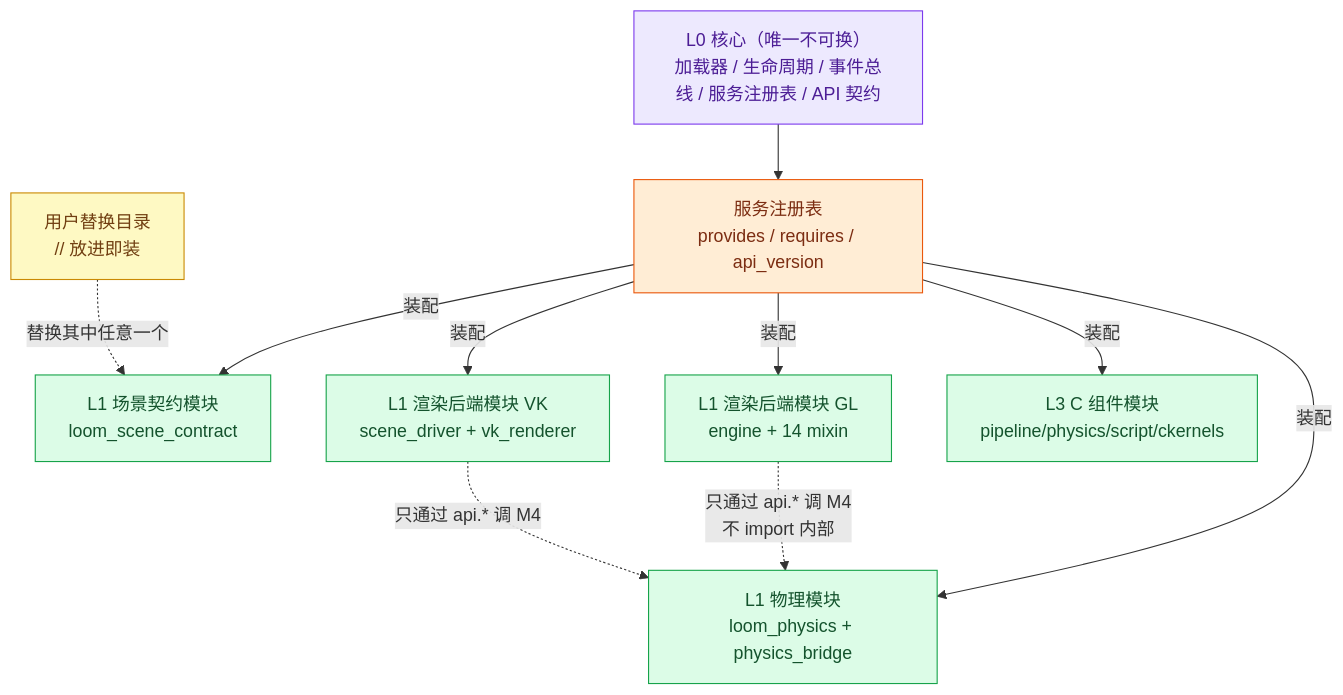
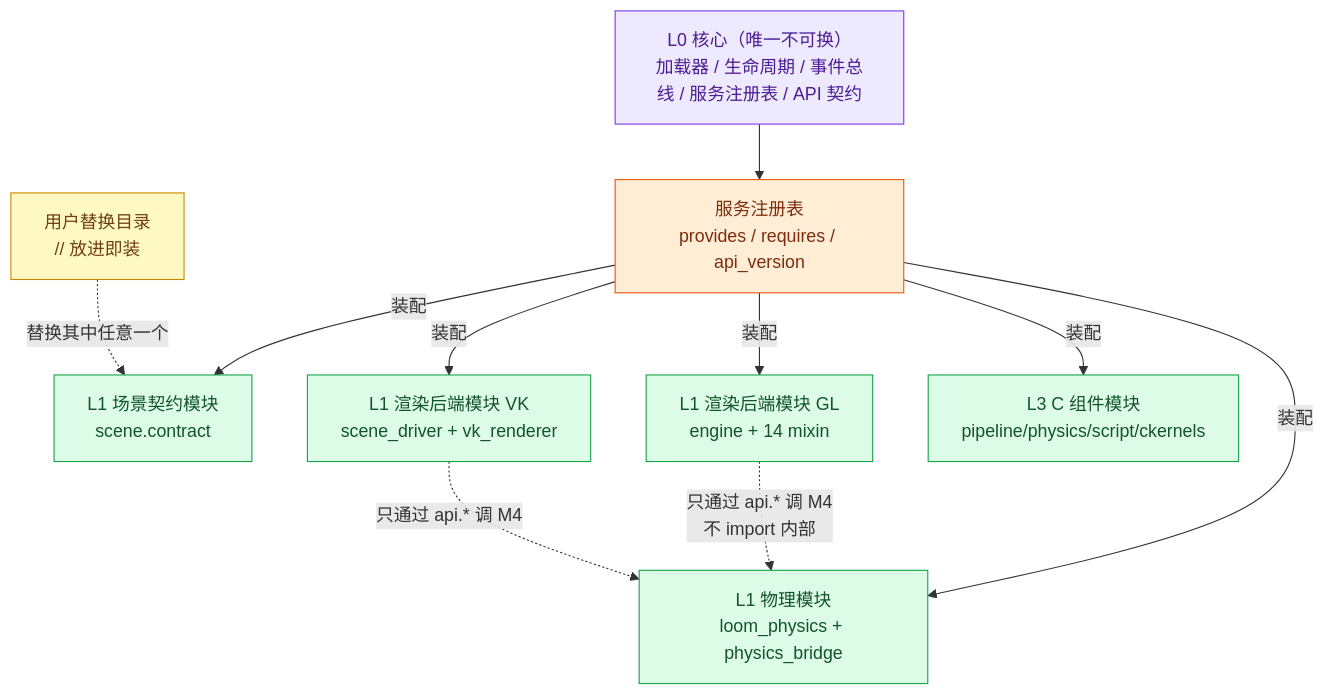
Before and after one commit to lhy302/WeaveEngine: diagram 20 of 23 in ARCHITECTURE.md, drawn with Mermaid. The commit also changed other lines of this file and 39 other files, not shown here.

````diff
--- a/ARCHITECTURE.md
+++ b/ARCHITECTURE.md
@@ -957,24 +969,24 @@
 ```mermaid
 flowchart TB
   CORE["L0 核心（唯一不可换）<br/>加载器 / 生命周期 / 事件总线 / 服务注册表 / API 契约"]:::core
   REG["服务注册表<br/>provides / requires / api_version"]:::contract
-  M1["L1 场景契约模块<br/>loom_scene_contract"]:::mod
+  M1["L1 场景契约模块<br/>scene.contract"]:::mod
   M2["L1 渲染后端模块 GL<br/>engine + 14 mixin"]:::mod
   M3["L1 渲染后端模块 VK<br/>scene_driver + vk_renderer"]:::mod
   M4["L1 物理模块<br/>loom_physics + physics_bridge"]:::mod
   M5["L3 C 组件模块<br/>pipeline/physics/script/ckernels"]:::mod
   U["用户替换目录<br/><modules>/<id>/ 放进即装"]:::user
   CORE --> REG
   REG -->|装配| M1
   REG -->|装配| M2
   REG -->|装配| M3
   REG -->|装配| M4
   REG -->|装配| M5
   U -.->|替换其中任意一个| M1
   M2 -.->|只通过 api.* 调 M4<br/>不 import 内部| M4
   M3 -.->|只通过 api.* 调 M4| M4
   classDef core fill:#ede9fe,stroke:#7c3aed,color:#4c1d95
   classDef contract fill:#ffedd5,stroke:#ea580c,color:#7c2d12
   classDef mod fill:#dcfce7,stroke:#16a34a,color:#14532d
   classDef user fill:#fef9c3,stroke:#ca8a04,color:#713f12
 ```
````
